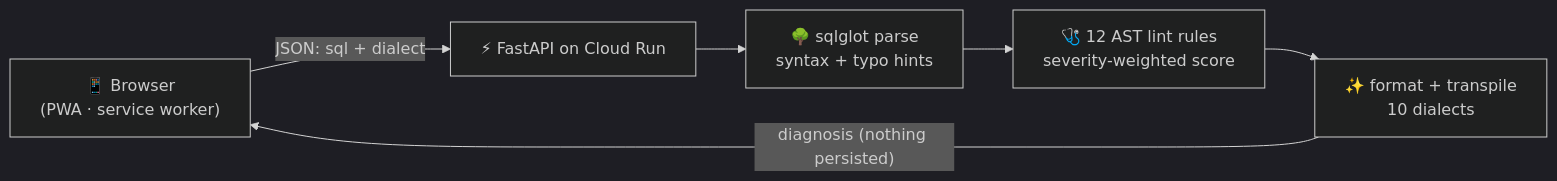
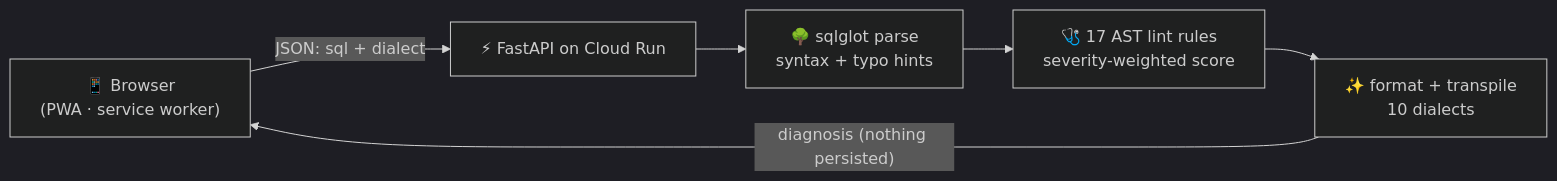
Before and after one commit to ARAVINDHRAJA123/querydoctor: the diagram in README.md, drawn with Mermaid (dark theme). The commit also changed other lines of this file and 5 other files, not shown here.

First line of the commit message:
Add 5 lint rules and dbt-mode Jinja stubbing

````diff
--- a/README.md
+++ b/README.md
@@ -102,8 +105,8 @@
 ```mermaid
 flowchart LR
     A["📱 Browser<br/>(PWA · service worker)"] -- "JSON: sql + dialect" --> B["⚡ FastAPI on Cloud Run"]
     B --> C["🌳 sqlglot parse<br/>syntax + typo hints"]
-    C --> D["🩺 12 AST lint rules<br/>severity-weighted score"]
+    C --> D["🩺 17 AST lint rules<br/>severity-weighted score"]
     D --> E["✨ format + transpile<br/>10 dialects"]
     E -- "diagnosis (nothing persisted)" --> A
 ```
````
